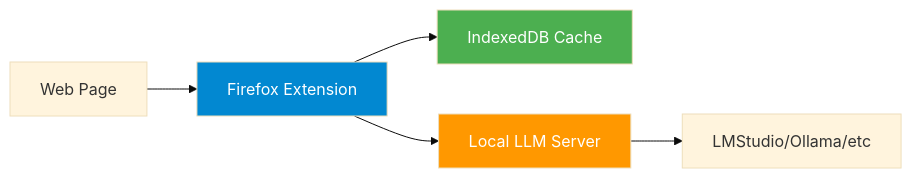
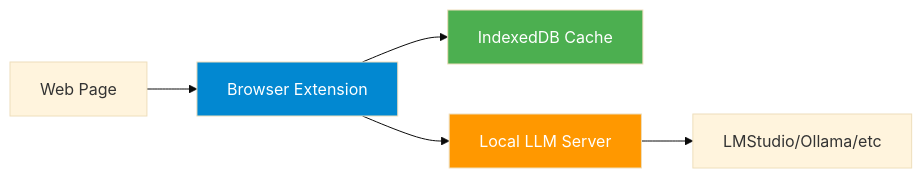
One commit to bikemazzell/context-translator changed the diagram in README.md. Above: the diagram before and after it, drawn with Mermaid (base theme). The commit also changed other lines of this file and 61 other files, not shown here.

````diff
--- a/README.md
+++ b/README.md
@@ -29,11 +34,11 @@
 ```mermaid
 graph LR
-    A[Web Page] --> B[Firefox Extension]
+    A[Web Page] --> B[Browser Extension]
     B --> C[IndexedDB Cache]
     B --> D[Local LLM Server]
     D --> E[LMStudio/Ollama/etc]
 
     style B fill:#0288d1,color:#fff
     style C fill:#4caf50,color:#fff
     style D fill:#ff9800,color:#fff
 ```
````
